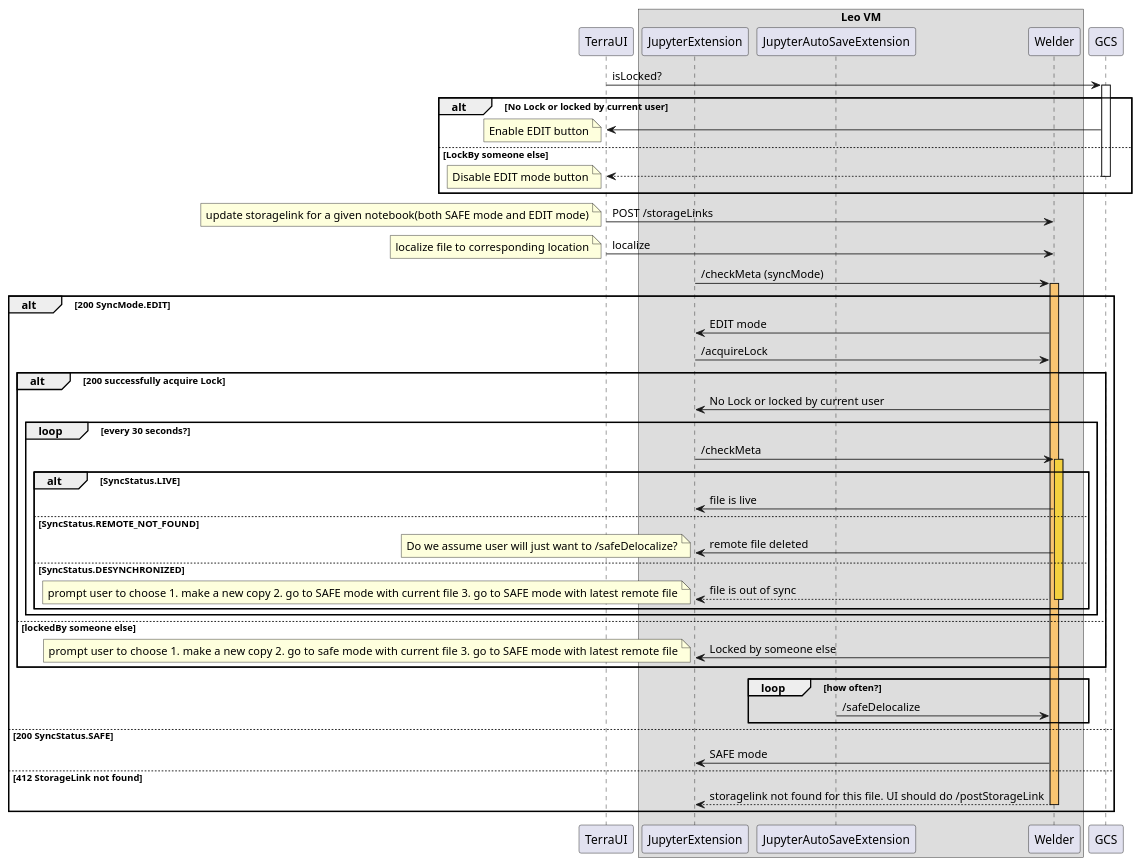
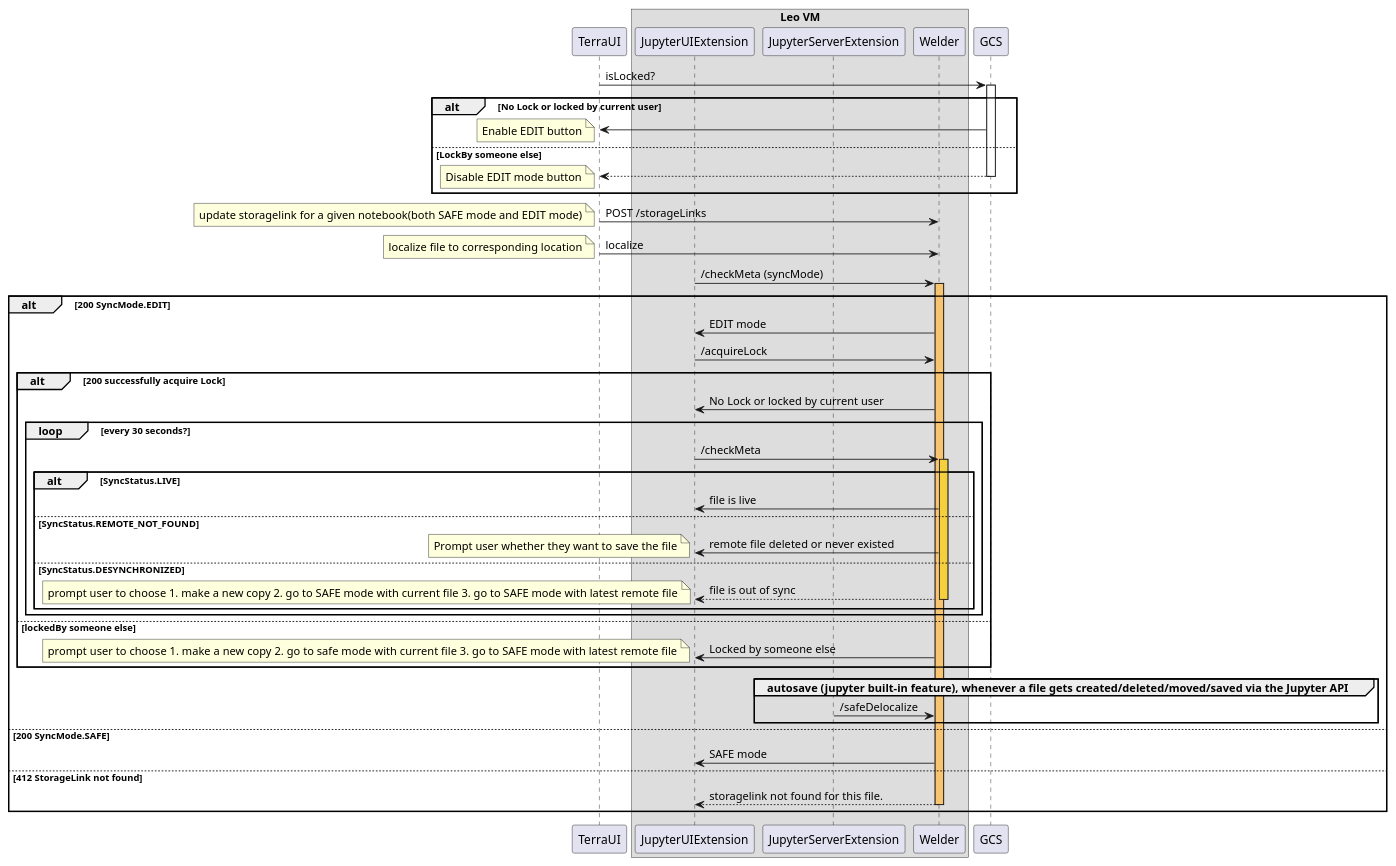
The diagram in server/src/main/resources/UI_Interaction.puml (DataBiosphere/welder), drawn with PlantUML before and after one commit. The commit also changed 5 other files, not shown here.

```diff
--- a/server/src/main/resources/UI_Interaction.puml
+++ b/server/src/main/resources/UI_Interaction.puml
@@ -1,54 +1,54 @@
 @startuml
 participant TerraUI
 box "Leo VM"
-    participant JupyterExtension
-    participant JupyterAutoSaveExtension
+    participant JupyterUIExtension
+    participant JupyterServerExtension
     participant Welder
 end box
 participant GCS
 
 TerraUI -> GCS ++: isLocked?
 alt No Lock or locked by current user
     GCS -> TerraUI:
     note left: Enable EDIT button
 else LockBy someone else
     return
     note left: Disable EDIT mode button
 end
 TerraUI -> Welder: POST /storageLinks
 note left: update storagelink for a given notebook(both SAFE mode and EDIT mode)
 TerraUI -> Welder: localize
 note left: localize file to corresponding location
 
-JupyterExtension -> Welder ++ #F8C471: /checkMeta (syncMode)
+JupyterUIExtension -> Welder ++ #F8C471: /checkMeta (syncMode)
 alt 200 SyncMode.EDIT
-    Welder -> JupyterExtension: EDIT mode
-    JupyterExtension -> Welder: /acquireLock
+    Welder -> JupyterUIExtension: EDIT mode
+    JupyterUIExtension -> Welder: /acquireLock
 
     alt 200 successfully acquire Lock
-        Welder -> JupyterExtension: No Lock or locked by current user
+        Welder -> JupyterUIExtension: No Lock or locked by current user
         loop every 30 seconds?
-            JupyterExtension -> Welder ++ #F4D03F: /checkMeta
+            JupyterUIExtension -> Welder ++ #F4D03F: /checkMeta
             alt SyncStatus.LIVE
-                Welder -> JupyterExtension: file is live
+                Welder -> JupyterUIExtension: file is live
             else SyncStatus.REMOTE_NOT_FOUND
-                Welder -> JupyterExtension: remote file deleted
-                note left: Do we assume user will just want to /safeDelocalize?
+                Welder -> JupyterUIExtension: remote file deleted or never existed
+                note left: Prompt user whether they want to save the file
             else SyncStatus.DESYNCHRONIZED
                 return file is out of sync
                 note left: prompt user to choose 1. make a new copy 2. go to SAFE mode with current file 3. go to SAFE mode with latest remote file
             end
         end
     else lockedBy someone else
-        Welder -> JupyterExtension: Locked by someone else
+        Welder -> JupyterUIExtension: Locked by someone else
         note left: prompt user to choose 1. make a new copy  2. go to safe mode with current file 3. go to SAFE mode with latest remote file
     end
-    loop how often?
-        JupyterAutoSaveExtension -> Welder: /safeDelocalize
+    group autosave (jupyter built-in feature), whenever a file gets created/deleted/moved/saved via the Jupyter API
+        JupyterServerExtension -> Welder: /safeDelocalize
     end
-else 200 SyncStatus.SAFE
-    Welder -> JupyterExtension: SAFE mode
+else 200 SyncMode.SAFE
+    Welder -> JupyterUIExtension: SAFE mode
 else 412 StorageLink not found
-    return storagelink not found for this file. UI should do /postStorageLink
+    return storagelink not found for this file.
 end
 @enduml
```
